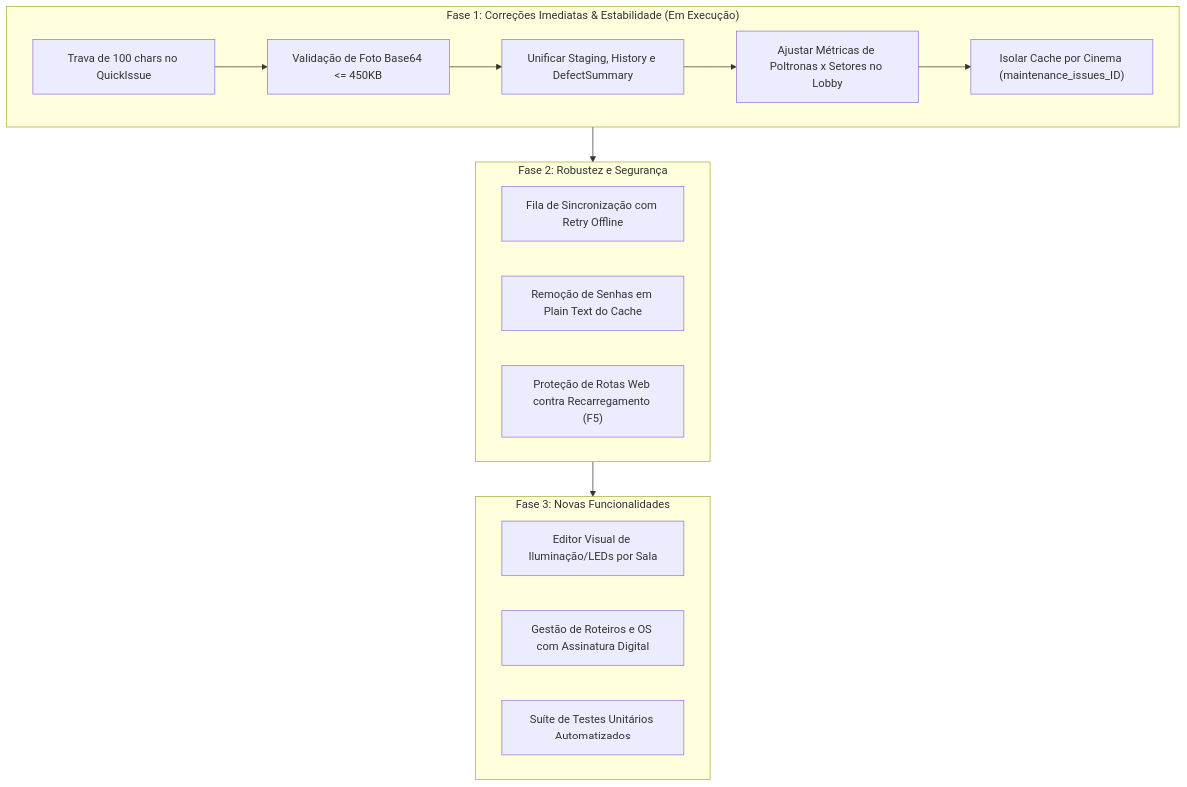
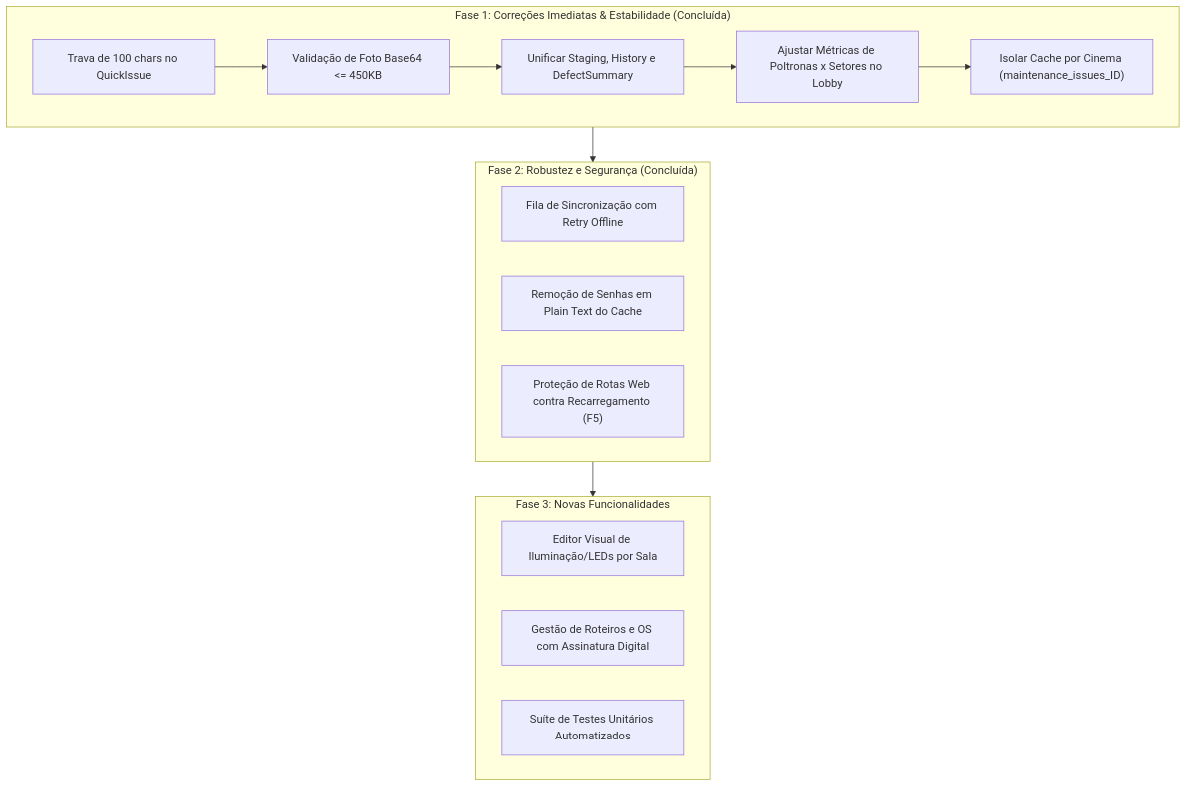
The diagram in docs/AUDITORIA_E_MELHORIAS.md (lima-devbr/cinegestor), drawn with Mermaid before and after one commit. The commit also changed other lines of this file, not shown here.

Commit message:
docs: atualiza status de segurança e robustez no roadmap de auditoria

````diff
--- a/docs/AUDITORIA_E_MELHORIAS.md
+++ b/docs/AUDITORIA_E_MELHORIAS.md
@@ -57,23 +57,23 @@
 ```mermaid
 flowchart TD
-    subgraph Fase1["Fase 1: Correções Imediatas & Estabilidade (Em Execução)"]
+    subgraph Fase1["Fase 1: Correções Imediatas & Estabilidade (Concluída)"]
         A1["Trava de 100 chars no QuickIssue"] --> A2["Validação de Foto Base64 <= 450KB"]
         A2 --> A3["Unificar Staging, History e DefectSummary"]
         A3 --> A4["Ajustar Métricas de Poltronas x Setores no Lobby"]
         A4 --> A5["Isolar Cache por Cinema (maintenance_issues_ID)"]
     end
 
-    subgraph Fase2["Fase 2: Robustez e Segurança"]
+    subgraph Fase2["Fase 2: Robustez e Segurança (Concluída)"]
         B1["Fila de Sincronização com Retry Offline"]
         B2["Remoção de Senhas em Plain Text do Cache"]
         B3["Proteção de Rotas Web contra Recarregamento (F5)"]
     end
 
     subgraph Fase3["Fase 3: Novas Funcionalidades"]
         C1["Editor Visual de Iluminação/LEDs por Sala"]
         C2["Gestão de Roteiros e OS com Assinatura Digital"]
         C3["Suíte de Testes Unitários Automatizados"]
     end
 
     Fase1 --> Fase2 --> Fase3
 ```
````
